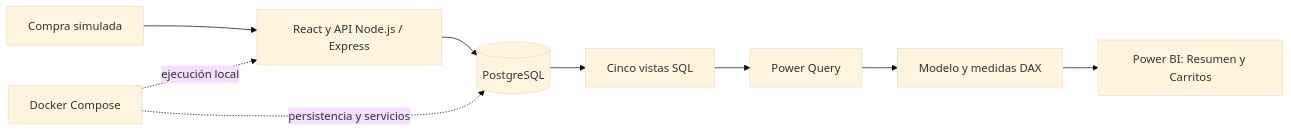
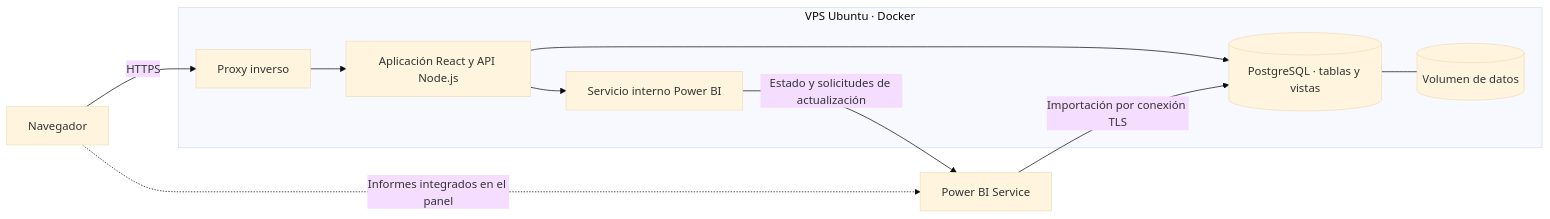
The first of 2 diagrams in README.md (Eliasxgg/caso-bi-ecommerce), drawn with Mermaid (base theme) before and after one commit. The commit also changed other lines of this file and 6 other files, not shown here.

````diff
--- a/README.md
+++ b/README.md
@@ -121,11 +130,13 @@
 ```mermaid
 flowchart LR
-    U[Compra simulada] --> A[React y API Node.js / Express]
-    A --> D[(PostgreSQL)]
-    D --> V[Cinco vistas SQL]
-    V --> Q[Power Query]
-    Q --> M[Modelo y medidas DAX]
-    M --> P[Power BI: Resumen y Carritos]
-    C[Docker Compose] -. ejecución local .-> A
-    C -. persistencia y servicios .-> D
+    U["Navegador"] -->|HTTPS| X
+    subgraph VPS["VPS Ubuntu · Docker"]
+        X["Proxy inverso"] --> A["Aplicación React y API Node.js"]
+        A --> D[("PostgreSQL · tablas y vistas")]
+        A --> B["Servicio interno Power BI"]
+        D --- V[("Volumen de datos")]
+    end
+    P["Power BI Service"] -->|Importación por conexión TLS| D
+    B -->|Estado y solicitudes de actualización| P
+    U -. Informes integrados en el panel .-> P
 ```
````
